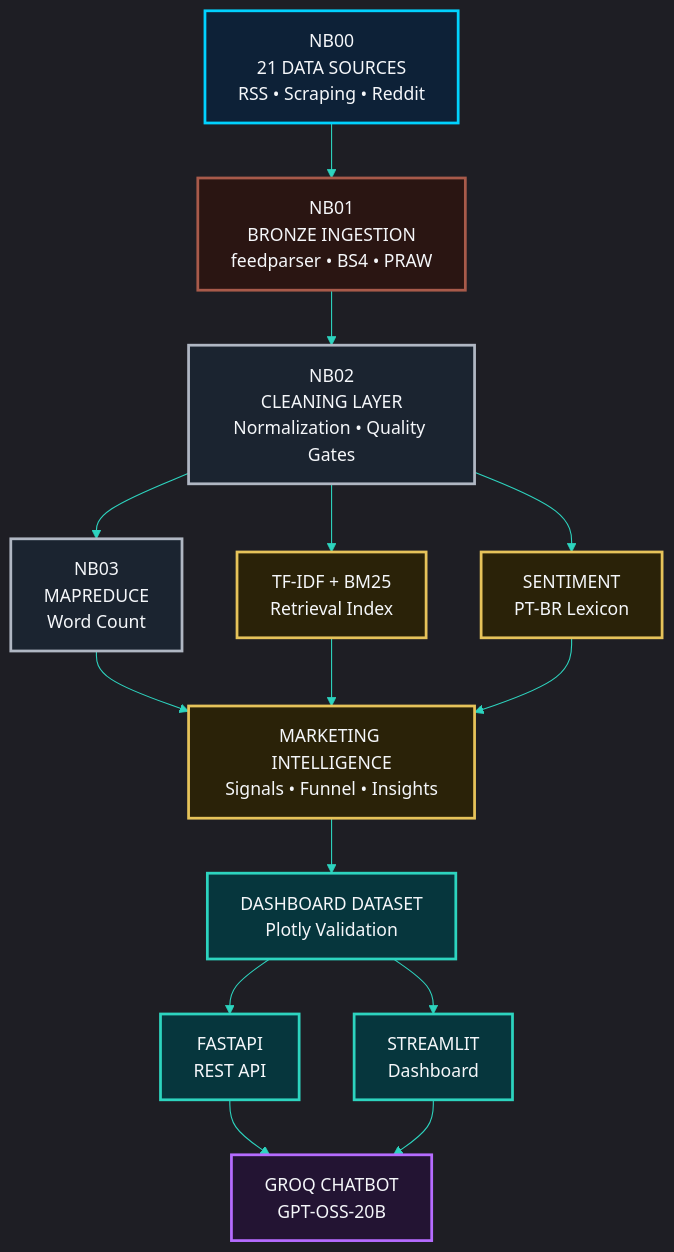
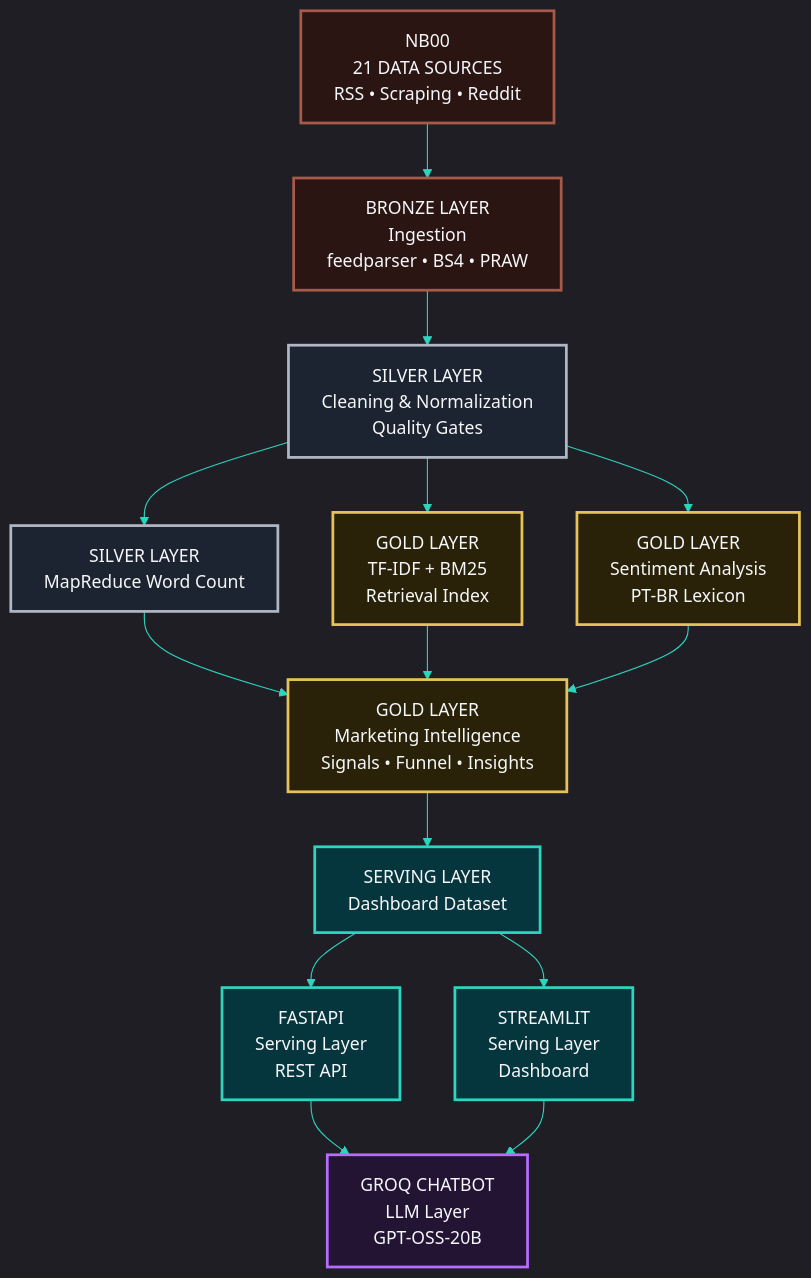
Before and after one commit to Quantum-Software-Development/5-cybersecurity-social-engineering-fii-marketing-intelligence-platform: the diagram in README.md, drawn with Mermaid.

````diff
--- a/README.md
+++ b/README.md
@@ -415,57 +415,56 @@
 ```mermaid
 %%{init:{
 'theme':'dark',
 'themeVariables':{
 'background':'#090d13',
 'primaryTextColor':'#F5F7FA',
 'lineColor':'#2dd4bf'
 }}}%%
 
 graph TD
 
-NB00["NB00<br/>21 DATA SOURCES<br/>RSS • Scraping • Reddit"]:::setup
+NB00["NB00<br/>21 DATA SOURCES<br/>RSS • Scraping • Reddit"]:::bronze
 
-NB01["NB01<br/>BRONZE INGESTION<br/>feedparser • BS4 • PRAW"]:::bronze
+NB01["BRONZE LAYER<br/>Ingestion<br/>feedparser • BS4 • PRAW"]:::bronze
 
-NB02["NB02<br/>CLEANING LAYER<br/>Normalization • Quality Gates"]:::silver
+NB02["SILVER LAYER<br/>Cleaning & Normalization<br/>Quality Gates"]:::silver
 
-NB03["NB03<br/>MAPREDUCE<br/>Word Count"]:::silver
+NB03["SILVER LAYER<br/>MapReduce Word Count"]:::silver
 
-NB04["TF-IDF + BM25<br/>Retrieval Index"]:::gold
+NB04["GOLD LAYER<br/>TF-IDF + BM25<br/>Retrieval Index"]:::gold
 
-NB05["SENTIMENT<br/>PT-BR Lexicon"]:::gold
+NB05["GOLD LAYER<br/>Sentiment Analysis<br/>PT-BR Lexicon"]:::gold
 
-NB06["MARKETING INTELLIGENCE<br/>Signals • Funnel • Insights"]:::gold
+NB06["GOLD LAYER<br/>Marketing Intelligence<br/>Signals • Funnel • Insights"]:::gold
 
-NB07["DASHBOARD DATASET<br/>Plotly Validation"]:::dash
+NB07["SERVING LAYER<br/>Dashboard Dataset"]:::dash
 
-API["FASTAPI<br/>REST API"]:::dash
+API["FASTAPI<br/>Serving Layer<br/>REST API"]:::dash
 
-ST["STREAMLIT<br/>Dashboard"]:::dash
+ST["STREAMLIT<br/>Serving Layer<br/>Dashboard"]:::dash
 
-BOT["GROQ CHATBOT<br/>GPT-OSS-20B"]:::llm
+BOT["GROQ CHATBOT<br/>LLM Layer<br/>GPT-OSS-20B"]:::llm
 
 NB00 --> NB01 --> NB02
 
 NB02 --> NB03
 NB02 --> NB04
 NB02 --> NB05
 
 NB03 --> NB06
 NB04 --> NB06
 NB05 --> NB06
 
 NB06 --> NB07
 NB07 --> API
 NB07 --> ST
 
 API --> BOT
 ST --> BOT
 
-classDef setup fill:#0d2137,stroke:#00d2ff,color:#F5F7FA,stroke-width:2.5px;
 classDef bronze fill:#2a1512,stroke:#a85a4a,color:#F5F7FA,stroke-width:2.5px;
 classDef silver fill:#1b2430,stroke:#b0b7c3,color:#F5F7FA,stroke-width:2.5px;
 classDef gold fill:#2a2208,stroke:#e6c35a,color:#F5F7FA,stroke-width:2.5px;
 classDef dash fill:#06363d,stroke:#2dd4bf,color:#F5F7FA,stroke-width:2.5px;
 classDef llm fill:#231433,stroke:#b56cff,color:#F5F7FA,stroke-width:2.5px;
 ```
````
